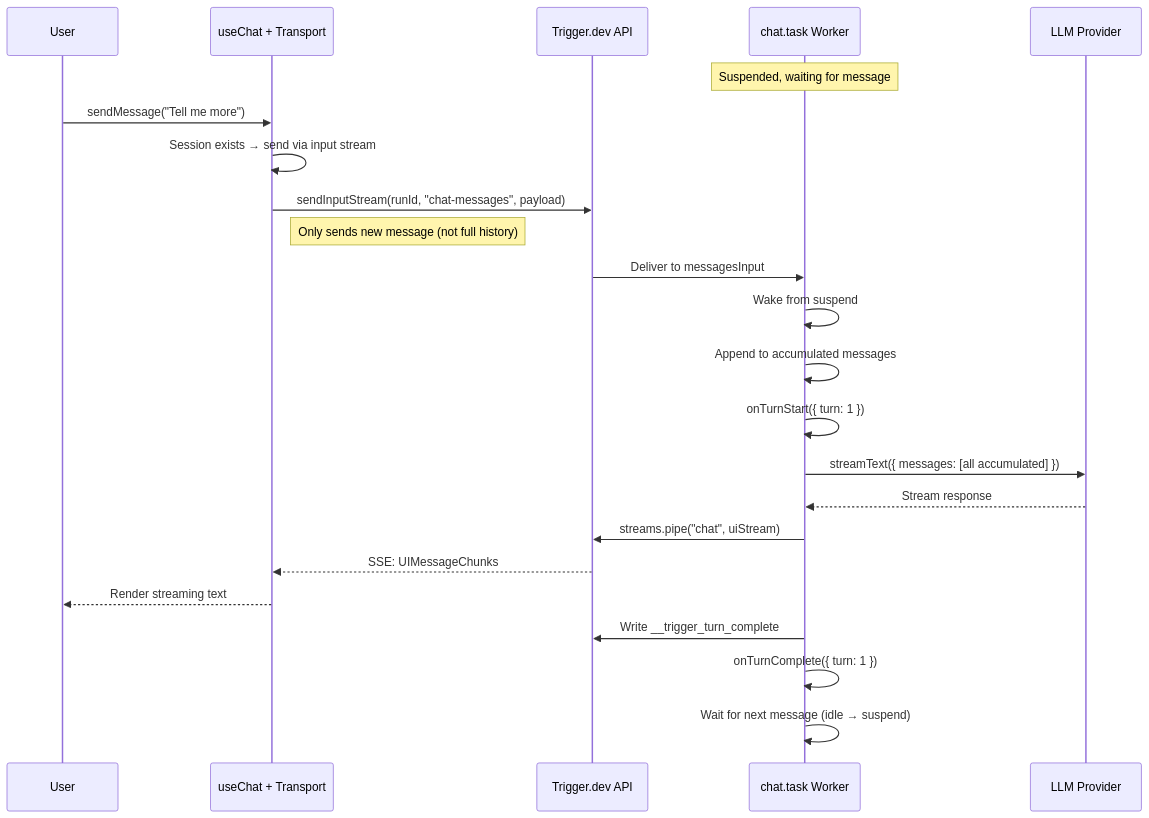
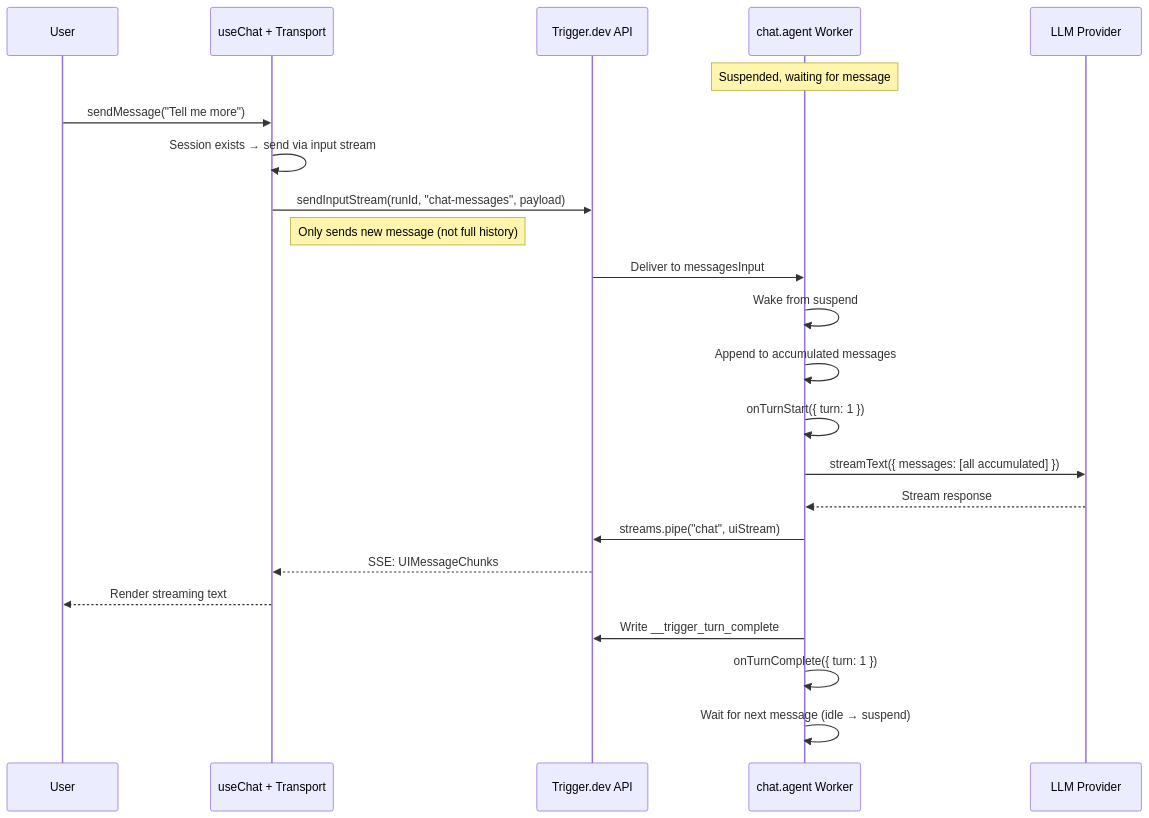
The second of 3 diagrams in docs/ai-chat/overview.mdx (triggerdotdev/trigger.dev), drawn with Mermaid before and after one commit. The commit also changed other lines of this file and 14 other files, not shown here.

Commit message:
docs: rename chat.task to chat.agent across all AI docs

````diff
--- a/docs/ai-chat/overview.mdx
+++ b/docs/ai-chat/overview.mdx
@@ -55,28 +55,28 @@
 ```mermaid
 sequenceDiagram
     participant User
     participant useChat as useChat + Transport
     participant API as Trigger.dev API
-    participant Task as chat.task Worker
+    participant Task as chat.agent Worker
     participant LLM as LLM Provider
 
     Note over Task: Suspended, waiting for message
 
     User->>useChat: sendMessage("Tell me more")
     useChat->>useChat: Session exists → send via input stream
     useChat->>API: sendInputStream(runId, "chat-messages", payload)
     Note right of useChat: Only sends new message (not full history)
 
     API->>Task: Deliver to messagesInput
     Task->>Task: Wake from suspend
     Task->>Task: Append to accumulated messages
     Task->>Task: onTurnStart({ turn: 1 })
     Task->>LLM: streamText({ messages: [all accumulated] })
     LLM-->>Task: Stream response
     Task->>API: streams.pipe("chat", uiStream)
     API-->>useChat: SSE: UIMessageChunks
     useChat-->>User: Render streaming text
     Task->>API: Write __trigger_turn_complete
     Task->>Task: onTurnComplete({ turn: 1 })
     Task->>Task: Wait for next message (idle → suspend)
 ```
````
